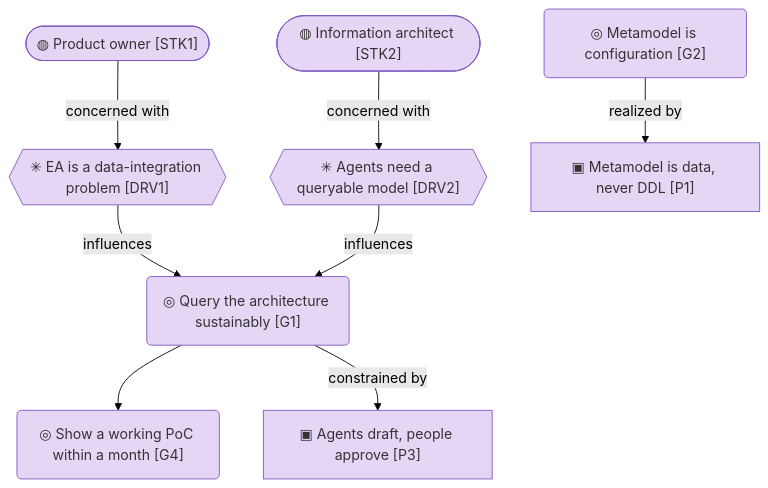
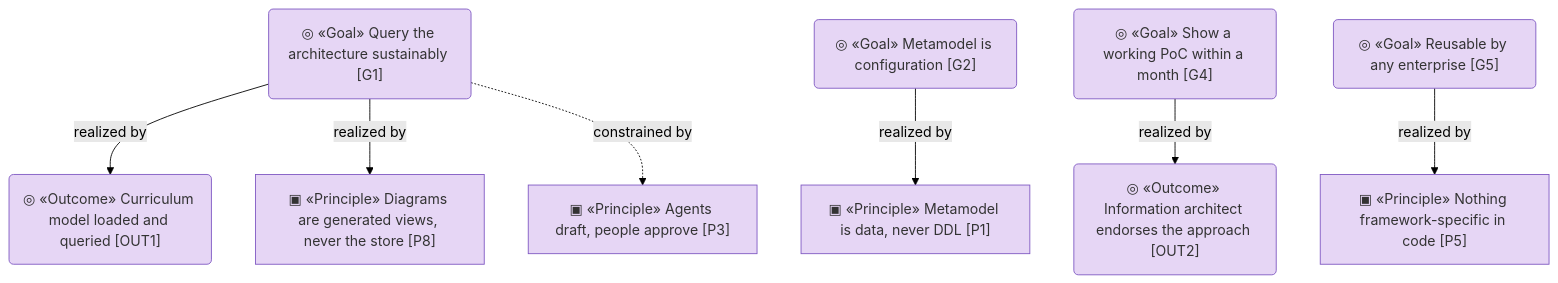
Before and after one commit to bocanegratqut/dbx-enterprise-architecture: the third of 3 diagrams in architecture/1_strategy/1_motivation.md, drawn with Mermaid (forest theme). The commit also changed other lines of this file and 56 other files, not shown here.

````diff
--- a/architecture/1_strategy/1_motivation.md
+++ b/architecture/1_strategy/1_motivation.md
@@ -97,22 +66,21 @@
 ```mermaid
 flowchart TB
-  stk1(["◍ Product owner [STK1]"]):::motivation
-  stk2(["◍ Information architect [STK2]"]):::motivation
-  drv1{{"✳ EA is a data-integration problem [DRV1]"}}:::motivation
-  drv2{{"✳ Agents need a queryable model [DRV2]"}}:::motivation
-  g1("◎ Query the architecture sustainably [G1]"):::motivation
-  g2("◎ Metamodel is configuration [G2]"):::motivation
-  g4("◎ Show a working PoC within a month [G4]"):::motivation
-  p1["▣ Metamodel is data, never DDL [P1]"]:::motivation
-  p3["▣ Agents draft, people approve [P3]"]:::motivation
-
-  stk1 -->|concerned with| drv1
-  stk2 -->|concerned with| drv2
-  drv1 -->|influences| g1
-  drv2 -->|influences| g1
-  g1 --> g4
+  g1("◎ «Goal» Query the architecture sustainably [G1]"):::motivation
+  g2("◎ «Goal» Metamodel is configuration [G2]"):::motivation
+  g4("◎ «Goal» Show a working PoC within a month [G4]"):::motivation
+  g5("◎ «Goal» Reusable by any enterprise [G5]"):::motivation
+  p1["▣ «Principle» Metamodel is data, never DDL [P1]"]:::motivation
+  p3["▣ «Principle» Agents draft, people approve [P3]"]:::motivation
+  p5["▣ «Principle» Nothing framework-specific in code [P5]"]:::motivation
+  p8["▣ «Principle» Diagrams are generated views, never the store [P8]"]:::motivation
+  out1("◎ «Outcome» Curriculum model loaded and queried [OUT1]"):::motivation
+  out2("◎ «Outcome» Information architect endorses the approach [OUT2]"):::motivation
+  g1 -->|realized by| out1
+  g4 -->|realized by| out2
   g2 -->|realized by| p1
-  g1 -->|constrained by| p3
+  g5 -->|realized by| p5
+  g1 -->|realized by| p8
+  g1 -.->|constrained by| p3
 
   classDef motivation fill:#e6d6f5,stroke:#7e57c2,color:#333
 ```
````
